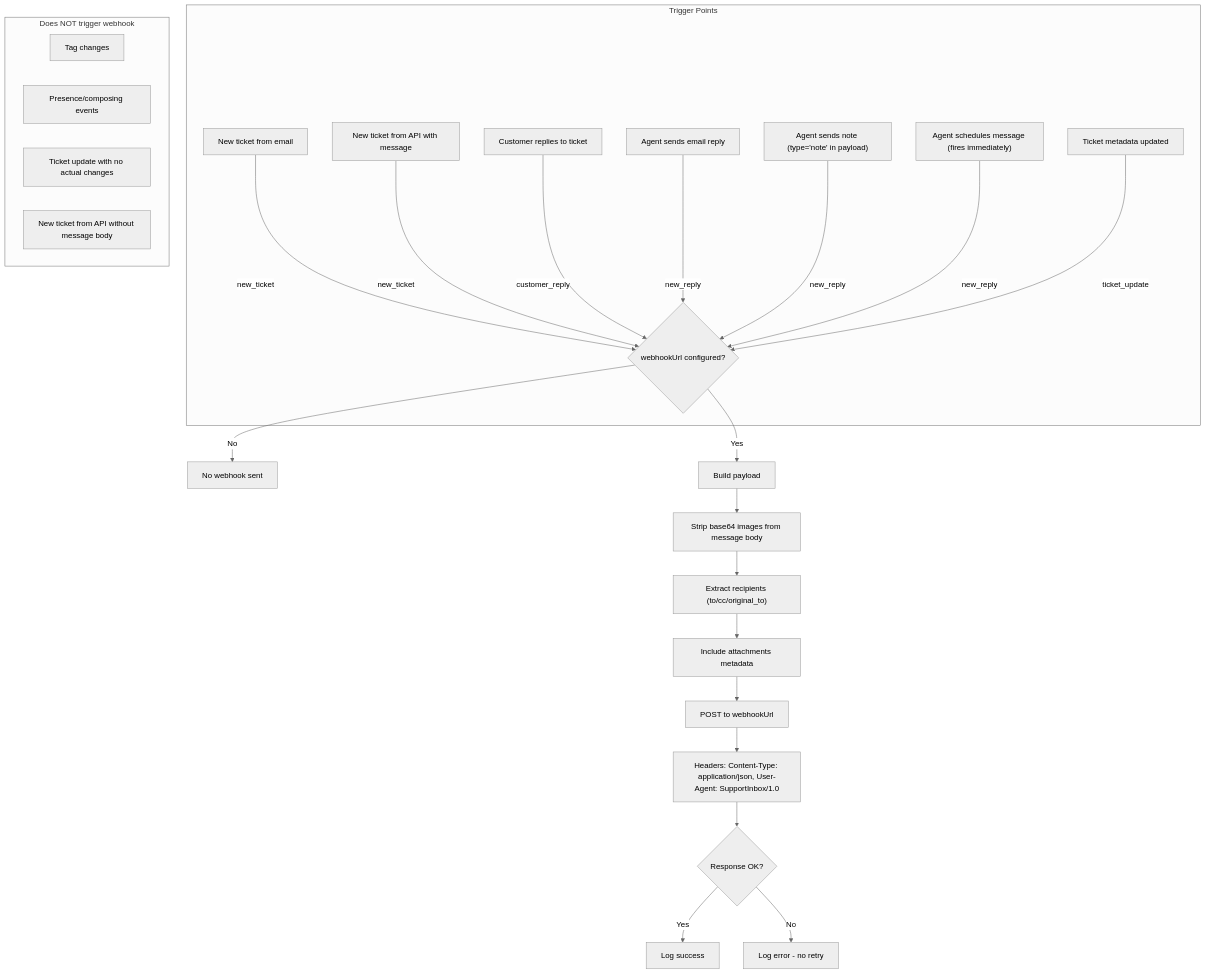
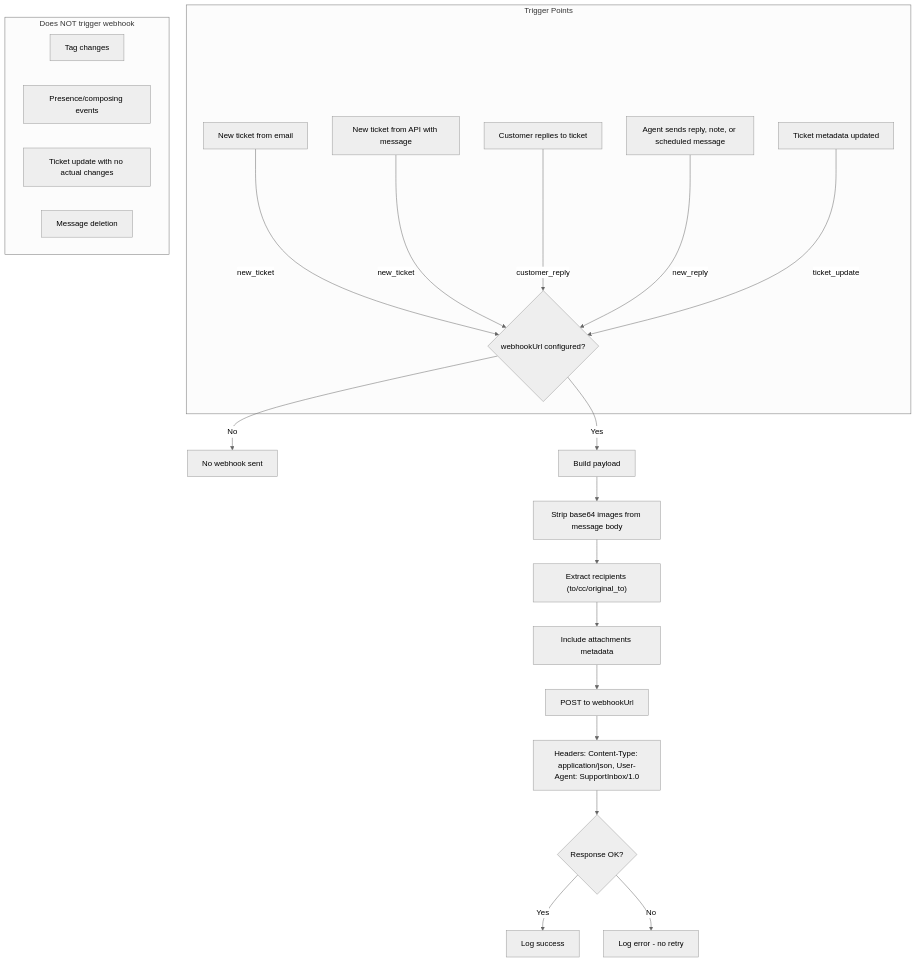
One commit to bookatechie/support-inbox changed the eighth of 14 diagrams in FLOW.md. Above: the diagram before and after it, drawn with Mermaid (neutral theme). The commit also changed other lines of this file and 1 other file, not shown here.

First line of the commit message:
docs: Fix flow accuracy and rename to FLOW.md, reference from CLAUDE.md

````diff
--- a/FLOW.md
+++ b/FLOW.md
@@ -291,32 +298,30 @@
 ```mermaid
 flowchart TD
     subgraph "Trigger Points"
         A1[New ticket from email] -->|"new_ticket"| W
         A2[New ticket from API with message] -->|"new_ticket"| W
         A3[Customer replies to ticket] -->|"customer_reply"| W
-        A4[Agent sends email reply] -->|"new_reply"| W
-        A5["Agent sends note (type='note' in payload)"] -->|"new_reply"| W
-        A6["Agent schedules message (fires immediately)"] -->|"new_reply"| W
-        A7[Ticket metadata updated] -->|"ticket_update"| W
+        A4[Agent sends reply, note, or scheduled message] -->|"new_reply"| W
+        A5[Ticket metadata updated] -->|"ticket_update"| W
     end
 
     W{webhookUrl configured?} -- No --> X[No webhook sent]
     W -- Yes --> Y[Build payload]
 
     Y --> Y1["Strip base64 images from message body"]
     Y1 --> Y2["Extract recipients (to/cc/original_to)"]
     Y2 --> Y3["Include attachments metadata"]
 
     Y3 --> Z["POST to webhookUrl"]
     Z --> Z1["Headers: Content-Type: application/json, User-Agent: SupportInbox/1.0"]
     Z1 --> Z2{Response OK?}
     Z2 -- Yes --> Z3[Log success]
     Z2 -- No --> Z4[Log error - no retry]
 
     subgraph "Does NOT trigger webhook"
         N1[Tag changes]
         N2[Presence/composing events]
         N3[Ticket update with no actual changes]
-        N4[New ticket from API without message body]
+        N4[Message deletion]
     end
 ```
````
